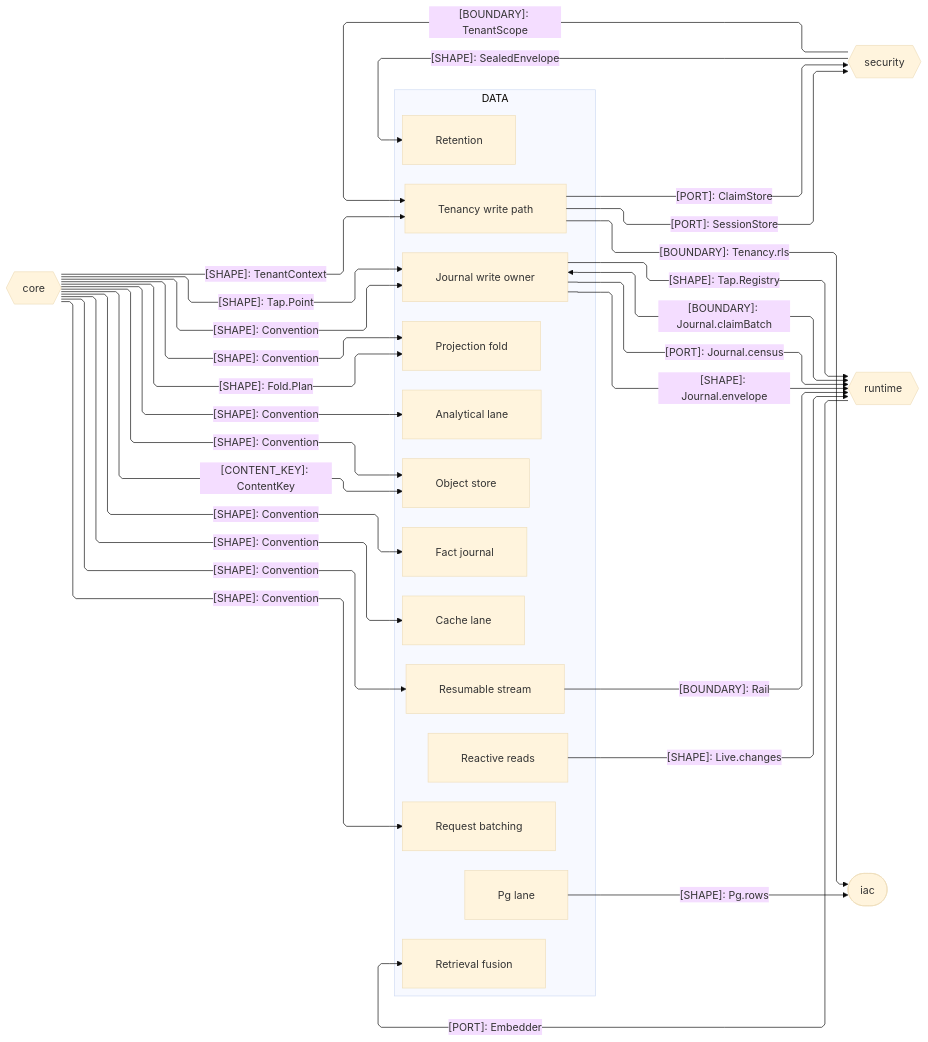
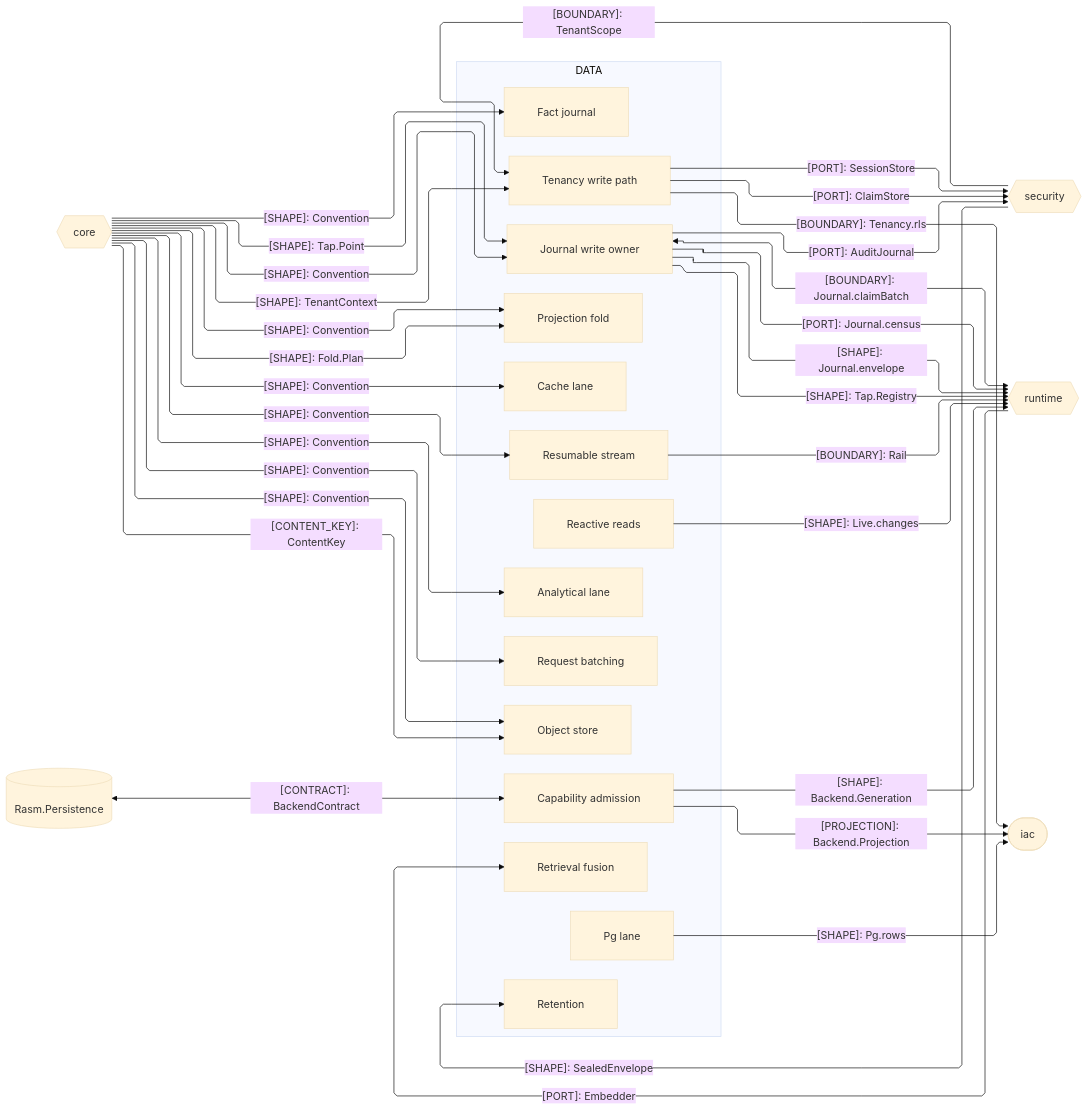
The second of 2 diagrams in libs/typescript/data/ARCHITECTURE.md (bsamiee/Rasm), drawn with Mermaid (base theme) before and after one commit. The commit also changed other lines of this file and 486 other files, not shown here.

````diff
--- a/libs/typescript/data/ARCHITECTURE.md
+++ b/libs/typescript/data/ARCHITECTURE.md
@@ -101,56 +101,62 @@
 ```mermaid
 ---
 config:
   layout: elk
   flowchart:
     curve: linear
     padding: 25
 ---
 flowchart LR
     accTitle: Data package seam registry
     accDescr: Data owners exchanging content keys, tenancy, custody, and reactive shapes with the core, security, runtime, and iac peers.
     subgraph data[DATA]
         Fold[Projection fold]
         Store[Object store]
         Tenant[Tenancy write path]
         Retain[Retention]
         Append[Journal write owner]
         Live[Reactive reads]
         Stream[Resumable stream]
         Search[Retrieval fusion]
         Postgres[Pg lane]
+        Capability[Capability admission]
         Fact[Fact journal]
         Batch[Request batching]
         Cache[Cache lane]
         Olap[Analytical lane]
     end
     Core{{core}}
     Security{{security}}
     Runtime{{runtime}}
     Iac([iac])
+    Persistence[(Rasm.Persistence)]
     Core e1@-->|"[SHAPE]: Fold.Plan"| Fold
     Core e2@-->|"[CONTENT_KEY]: ContentKey"| Store
     Core e3@-->|"[SHAPE]: TenantContext"| Tenant
     Tenant e4@-->|"[PORT]: SessionStore"| Security
     Security e5@-->|"[BOUNDARY]: TenantScope"| Tenant
     Security e6@-->|"[SHAPE]: SealedEnvelope"| Retain
     Append e7@<-->|"[BOUNDARY]: Journal.claimBatch"| Runtime
     Live e8@-->|"[SHAPE]: Live.changes"| Runtime
     Stream e9@-->|"[BOUNDARY]: Rail"| Runtime
     Runtime e10@-->|"[PORT]: Embedder"| Search
     Postgres e11@-->|"[SHAPE]: Pg.rows"| Iac
     Tenant e12@-->|"[BOUNDARY]: Tenancy.rls"| Iac
     Core e13@-->|"[SHAPE]: Convention"| Append
     Core e14@-->|"[SHAPE]: Convention"| Fold
     Append e15@-->|"[PORT]: Journal.census"| Runtime
     Tenant e16@-->|"[PORT]: ClaimStore"| Security
     Core e17@-->|"[SHAPE]: Convention"| Fact
     Core e18@-->|"[SHAPE]: Convention"| Batch
     Core e19@-->|"[SHAPE]: Convention"| Store
     Core e20@-->|"[SHAPE]: Convention"| Stream
     Core e21@-->|"[SHAPE]: Convention"| Cache
     Core e22@-->|"[SHAPE]: Convention"| Olap
     Append e23@-->|"[SHAPE]: Journal.envelope"| Runtime
     Core e24@-->|"[SHAPE]: Tap.Point"| Append
     Append e25@-->|"[SHAPE]: Tap.Registry"| Runtime
+    Capability e26@-->|"[PROJECTION]: Backend.Projection"| Iac
+    Capability e27@-->|"[SHAPE]: Backend.Generation"| Runtime
+    Persistence e28@<-->|"[CONTRACT]: BackendContract"| Capability
+    Append e29@-->|"[PORT]: AuditJournal"| Security
 ```
````
